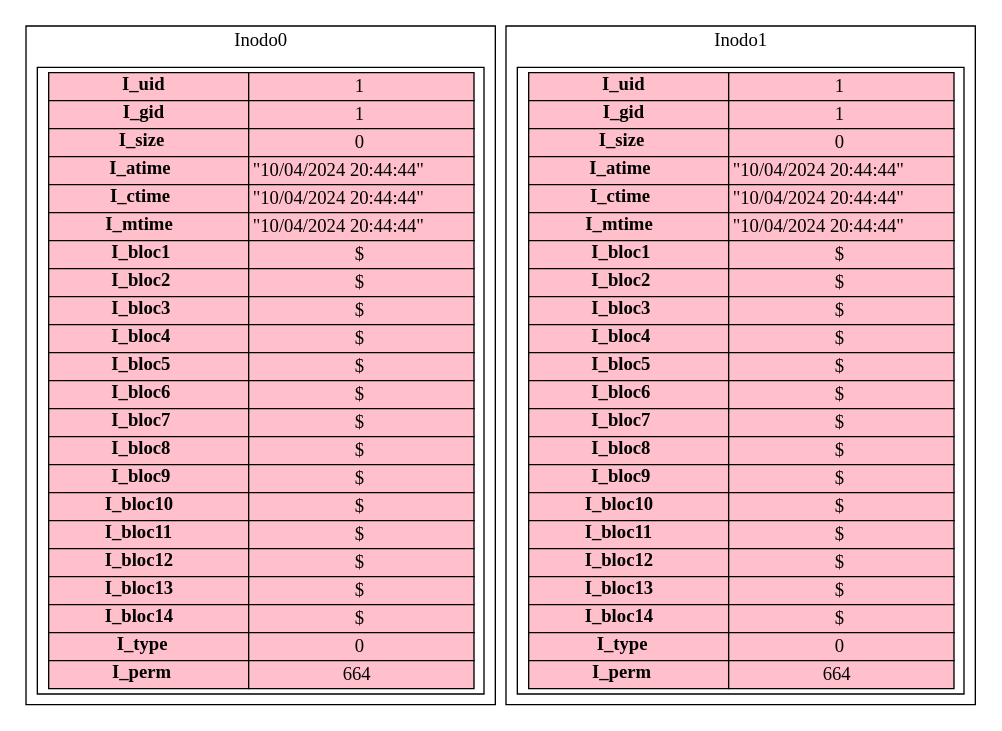
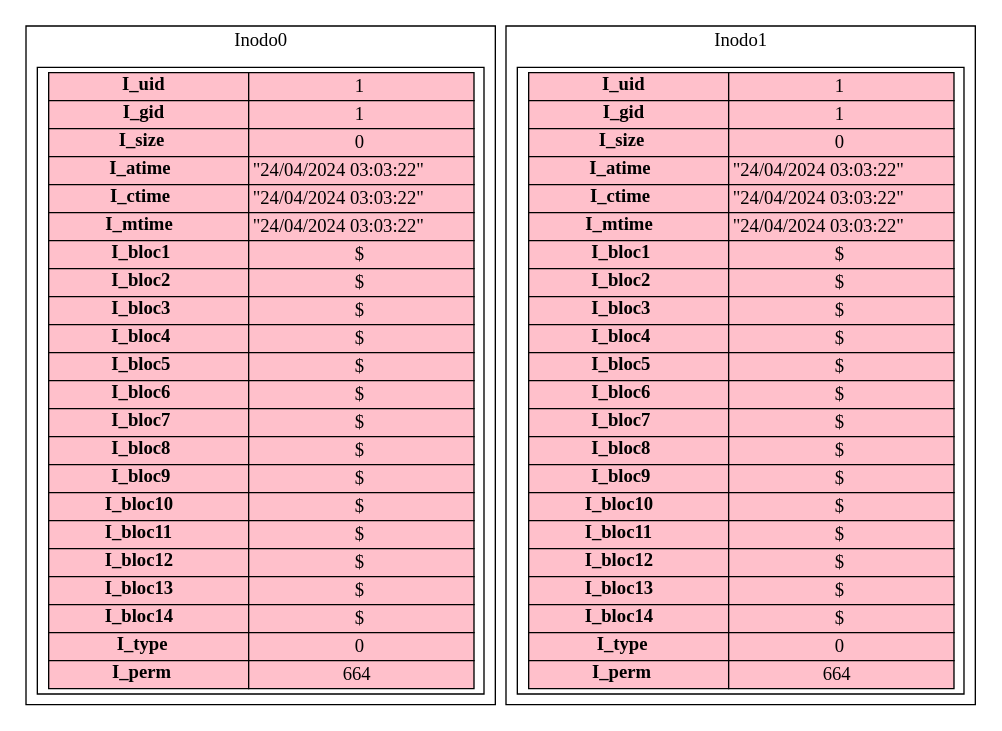
One commit to NatalyDuarte/MIA_P2_202001570 changed the diagram in Backend/Inodo.dot. Above: the diagram before and after it, drawn with Graphviz. The commit also changed 21 other files, not shown here.

```diff
--- a/Backend/Inodo.dot
+++ b/Backend/Inodo.dot
@@ -1,56 +1,56 @@
 digraph G{
 subgraph cluster_0{
  label="Inodo0"
 tbl_0[shape=box, label=<
 <table border='0' cellborder='1' cellspacing='0'  width='300' height='160' >
 <tr><td width='150' bgcolor="pink"><b>I_uid</b></td><td width='150' bgcolor="pink">1</td></tr>
 <tr><td width='150' bgcolor="pink"><b>I_gid</b></td><td width='150' bgcolor="pink">1</td></tr>
 <tr><td width='150' bgcolor="pink"><b>I_size</b></td><td width='150' bgcolor="pink">0</td></tr>
-<tr><td width='150' bgcolor="pink"><b>I_atime</b></td><td width='150' bgcolor="pink">"10/04/2024 20:44:44"</td></tr>
-<tr><td width='150' bgcolor="pink"><b>I_ctime</b></td><td width='150' bgcolor="pink">"10/04/2024 20:44:44"</td></tr>
-<tr><td width='150' bgcolor="pink"><b>I_mtime</b></td><td width='150' bgcolor="pink">"10/04/2024 20:44:44"</td></tr>
+<tr><td width='150' bgcolor="pink"><b>I_atime</b></td><td width='150' bgcolor="pink">"24/04/2024 03:03:22"</td></tr>
+<tr><td width='150' bgcolor="pink"><b>I_ctime</b></td><td width='150' bgcolor="pink">"24/04/2024 03:03:22"</td></tr>
+<tr><td width='150' bgcolor="pink"><b>I_mtime</b></td><td width='150' bgcolor="pink">"24/04/2024 03:03:22"</td></tr>
 <tr>  <td width='150' bgcolor="pink"><b>I_bloc1</b></td><td width='150' bgcolor="pink">$</td>  </tr>
 <tr>  <td width='150' bgcolor="pink"><b>I_bloc2</b></td><td width='150' bgcolor="pink">$</td>  </tr>
 <tr>  <td width='150' bgcolor="pink"><b>I_bloc3</b></td><td width='150' bgcolor="pink">$</td>  </tr>
 <tr>  <td width='150' bgcolor="pink"><b>I_bloc4</b></td><td width='150' bgcolor="pink">$</td>  </tr>
 <tr>  <td width='150' bgcolor="pink"><b>I_bloc5</b></td><td width='150' bgcolor="pink">$</td>  </tr>
 <tr>  <td width='150' bgcolor="pink"><b>I_bloc6</b></td><td width='150' bgcolor="pink">$</td>  </tr>
 <tr>  <td width='150' bgcolor="pink"><b>I_bloc7</b></td><td width='150' bgcolor="pink">$</td>  </tr>
 <tr>  <td width='150' bgcolor="pink"><b>I_bloc8</b></td><td width='150' bgcolor="pink">$</td>  </tr>
 <tr>  <td width='150' bgcolor="pink"><b>I_bloc9</b></td><td width='150' bgcolor="pink">$</td>  </tr>
 <tr>  <td width='150' bgcolor="pink"><b>I_bloc10</b></td><td width='150' bgcolor="pink">$</td>  </tr>
 <tr>  <td width='150' bgcolor="pink"><b>I_bloc11</b></td><td width='150' bgcolor="pink">$</td>  </tr>
 <tr>  <td width='150' bgcolor="pink"><b>I_bloc12</b></td><td width='150' bgcolor="pink">$</td>  </tr>
 <tr>  <td width='150' bgcolor="pink"><b>I_bloc13</b></td><td width='150' bgcolor="pink">$</td>  </tr>
 <tr>  <td width='150' bgcolor="pink"><b>I_bloc14</b></td><td width='150' bgcolor="pink">$</td>  </tr>
 <tr><td width='150' bgcolor="pink"><b>I_type</b></td><td width='150' bgcolor="pink">0</td></tr>
 <tr><td width='150' bgcolor="pink"><b>I_perm</b></td><td width='150' bgcolor="pink">664</td></tr>
 </table>>];}
 subgraph cluster_1{
  label="Inodo1"
 tbl_1[shape=box, label=<
 <table border='0' cellborder='1' cellspacing='0'  width='300' height='160' >
 <tr><td width='150' bgcolor="pink"><b>I_uid</b></td><td width='150' bgcolor="pink">1</td></tr>
 <tr><td width='150' bgcolor="pink"><b>I_gid</b></td><td width='150' bgcolor="pink">1</td></tr>
 <tr><td width='150' bgcolor="pink"><b>I_size</b></td><td width='150' bgcolor="pink">0</td></tr>
-<tr><td width='150' bgcolor="pink"><b>I_atime</b></td><td width='150' bgcolor="pink">"10/04/2024 20:44:44"</td></tr>
-<tr><td width='150' bgcolor="pink"><b>I_ctime</b></td><td width='150' bgcolor="pink">"10/04/2024 20:44:44"</td></tr>
-<tr><td width='150' bgcolor="pink"><b>I_mtime</b></td><td width='150' bgcolor="pink">"10/04/2024 20:44:44"</td></tr>
+<tr><td width='150' bgcolor="pink"><b>I_atime</b></td><td width='150' bgcolor="pink">"24/04/2024 03:03:22"</td></tr>
+<tr><td width='150' bgcolor="pink"><b>I_ctime</b></td><td width='150' bgcolor="pink">"24/04/2024 03:03:22"</td></tr>
+<tr><td width='150' bgcolor="pink"><b>I_mtime</b></td><td width='150' bgcolor="pink">"24/04/2024 03:03:22"</td></tr>
 <tr>  <td width='150' bgcolor="pink"><b>I_bloc1</b></td><td width='150' bgcolor="pink">$</td>  </tr>
 <tr>  <td width='150' bgcolor="pink"><b>I_bloc2</b></td><td width='150' bgcolor="pink">$</td>  </tr>
 <tr>  <td width='150' bgcolor="pink"><b>I_bloc3</b></td><td width='150' bgcolor="pink">$</td>  </tr>
 <tr>  <td width='150' bgcolor="pink"><b>I_bloc4</b></td><td width='150' bgcolor="pink">$</td>  </tr>
 <tr>  <td width='150' bgcolor="pink"><b>I_bloc5</b></td><td width='150' bgcolor="pink">$</td>  </tr>
 <tr>  <td width='150' bgcolor="pink"><b>I_bloc6</b></td><td width='150' bgcolor="pink">$</td>  </tr>
 <tr>  <td width='150' bgcolor="pink"><b>I_bloc7</b></td><td width='150' bgcolor="pink">$</td>  </tr>
 <tr>  <td width='150' bgcolor="pink"><b>I_bloc8</b></td><td width='150' bgcolor="pink">$</td>  </tr>
 <tr>  <td width='150' bgcolor="pink"><b>I_bloc9</b></td><td width='150' bgcolor="pink">$</td>  </tr>
 <tr>  <td width='150' bgcolor="pink"><b>I_bloc10</b></td><td width='150' bgcolor="pink">$</td>  </tr>
 <tr>  <td width='150' bgcolor="pink"><b>I_bloc11</b></td><td width='150' bgcolor="pink">$</td>  </tr>
 <tr>  <td width='150' bgcolor="pink"><b>I_bloc12</b></td><td width='150' bgcolor="pink">$</td>  </tr>
 <tr>  <td width='150' bgcolor="pink"><b>I_bloc13</b></td><td width='150' bgcolor="pink">$</td>  </tr>
 <tr>  <td width='150' bgcolor="pink"><b>I_bloc14</b></td><td width='150' bgcolor="pink">$</td>  </tr>
 <tr><td width='150' bgcolor="pink"><b>I_type</b></td><td width='150' bgcolor="pink">0</td></tr>
 <tr><td width='150' bgcolor="pink"><b>I_perm</b></td><td width='150' bgcolor="pink">664</td></tr>
 </table>>];}
 }
```
